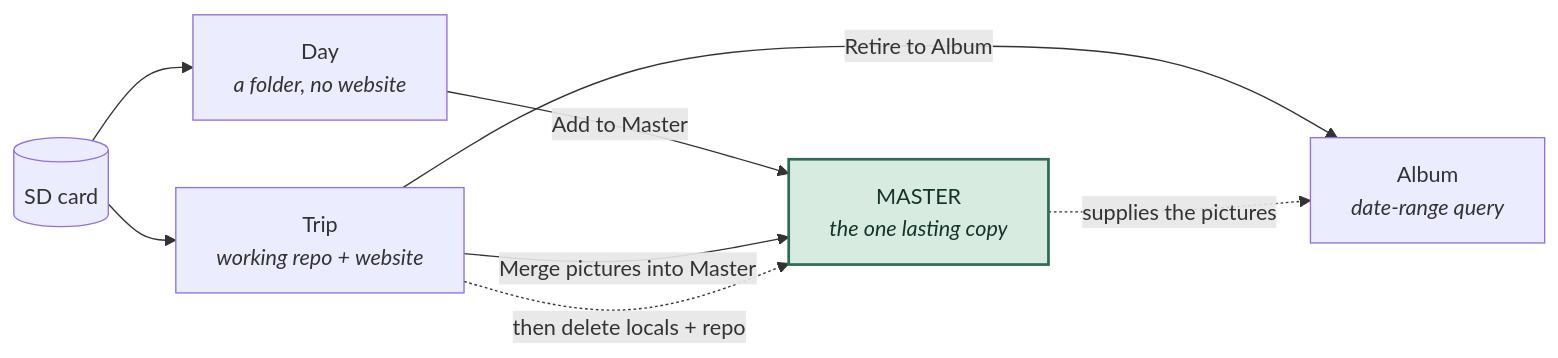
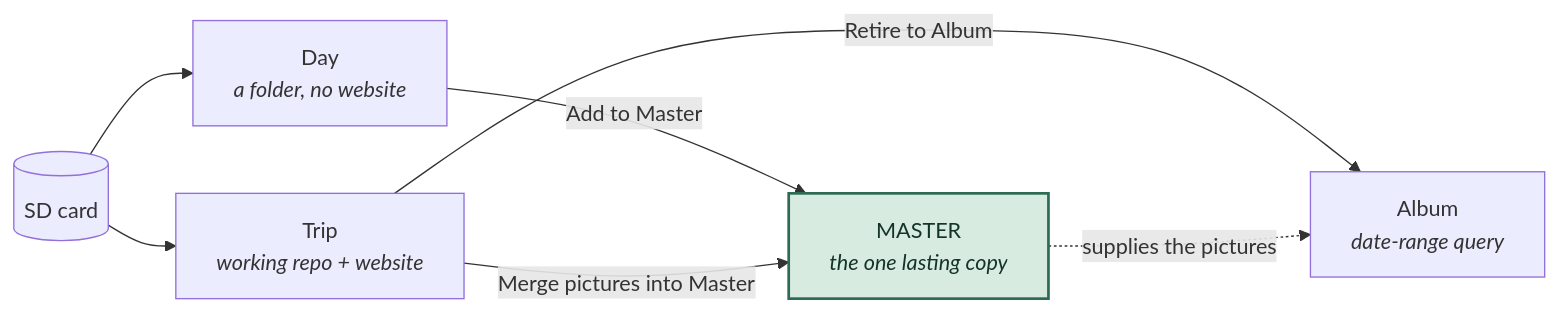
Before and after one commit to gilbert-houtekamer/SpeciesViewer: the diagram in docs/manual/00-concepts.md, drawn with Mermaid. The commit also changed other lines of this file and 8 other files, not shown here.

````diff
--- a/docs/manual/00-concepts.md
+++ b/docs/manual/00-concepts.md
@@ -238,19 +241,18 @@
 ```mermaid
 flowchart LR
     CARD[(SD card)]
     DAY["Day<br/><i>a folder, no website</i>"]
     TRIP["Trip<br/><i>working repo + website</i>"]
     MASTER["MASTER<br/><i>the one lasting copy</i>"]
     ALBUM["Album<br/><i>date-range query</i>"]
 
     CARD --> TRIP
     CARD --> DAY
     DAY -- "Add to Master" --> MASTER
     TRIP -- "Merge pictures into Master" --> MASTER
     TRIP -- "Retire to Album" --> ALBUM
     MASTER -. "supplies the pictures" .-> ALBUM
-    TRIP -. "then delete locals + repo" .-> MASTER
 
     classDef m fill:#d8ebe1,stroke:#2e6b54,stroke-width:2px,color:#14342a;
     class MASTER m;
 ```
````
